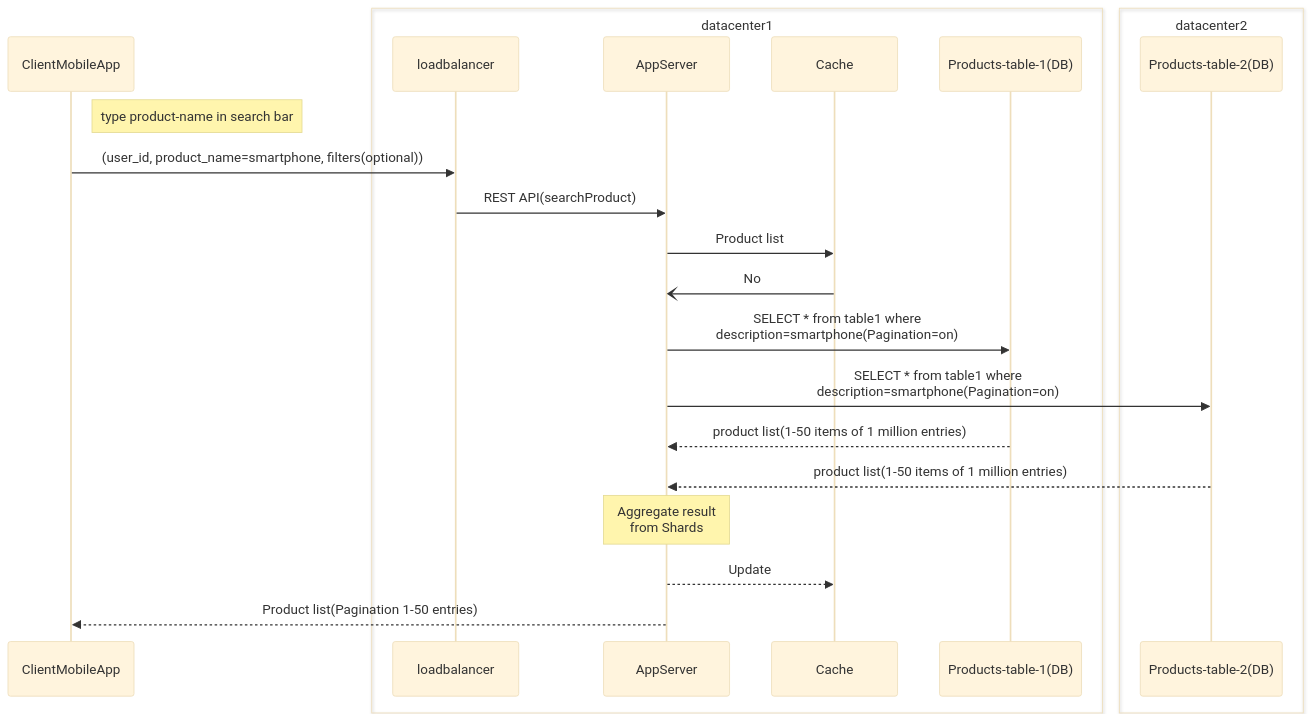
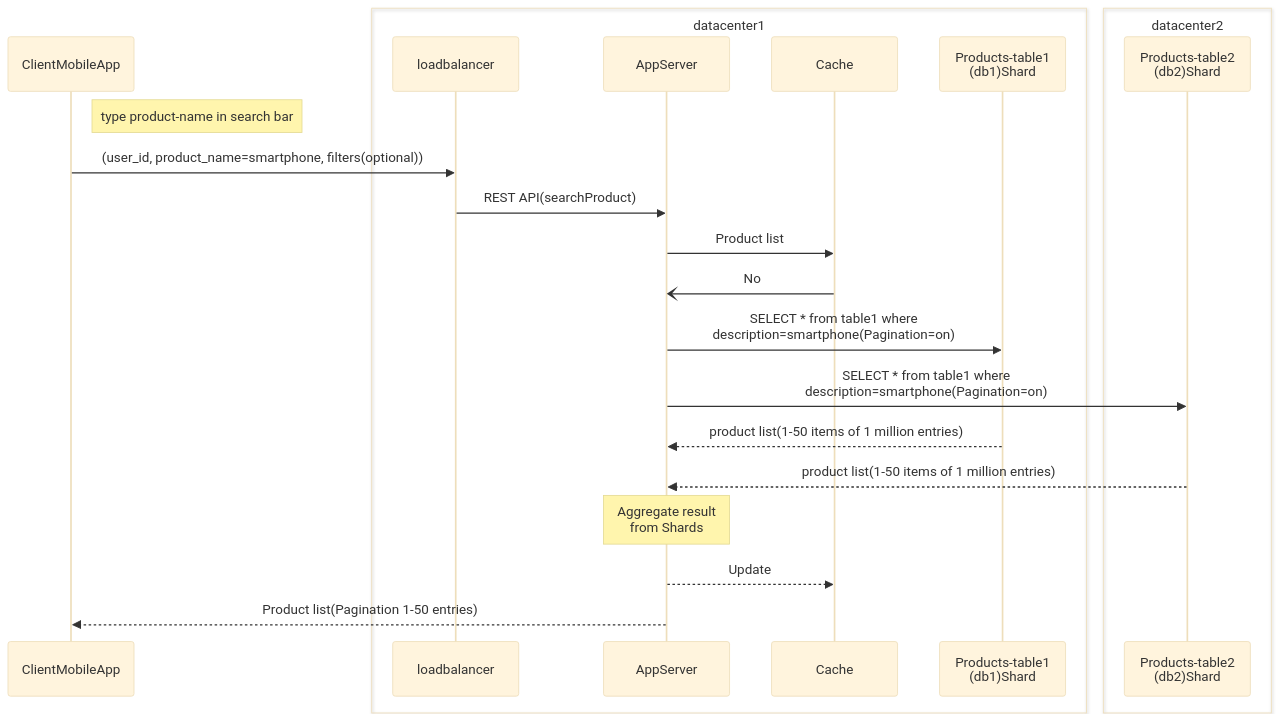
Before and after one commit to code-with-amitk/Code-examples: the second of 2 diagrams in System-Design/Scalable/Ecommerce_Systems/Amazon/README.adoc, drawn with Mermaid (base theme). The commit also changed other lines of this file, not shown here.

````diff
--- a/System-Design/Scalable/Ecommerce_Systems/Amazon/README.adoc
+++ b/System-Design/Scalable/Ecommerce_Systems/Amazon/README.adoc
@@ -116,27 +116,27 @@
 ```mermaid
 sequenceDiagram
   participant u as ClientMobileApp
   box datacenter1
   participant lb as loadbalancer
   participant app as AppServer
   participant ca as Cache
-  participant ptdb1 as Products-table-1(DB)
+  participant ptdb1 as Products-table1<br>(db1)Shard
   end
   box datacenter2
-  participant ptdb2 as Products-table-2(DB)
+  participant ptdb2 as Products-table2<br>(db2)Shard
   end
 
   Note right of u: type product-name in search bar
   u ->> lb: (user_id, product_name=smartphone, filters(optional))
   
   lb ->> app: REST API(searchProduct)
   app ->> ca: Product list
   ca -) app: No
   app ->> ptdb1: SELECT * from table1 where <br>description=smartphone(Pagination=on)
   app ->> ptdb2: SELECT * from table1 where <br>description=smartphone(Pagination=on)
   ptdb1 -->> app: product list(1-50 items of 1 million entries)
   ptdb2 -->> app: product list(1-50 items of 1 million entries)
   Note over app: Aggregate result<br>from Shards
   app -->> ca: Update
   app -->> u: Product list(Pagination 1-50 entries)
 ```
````
